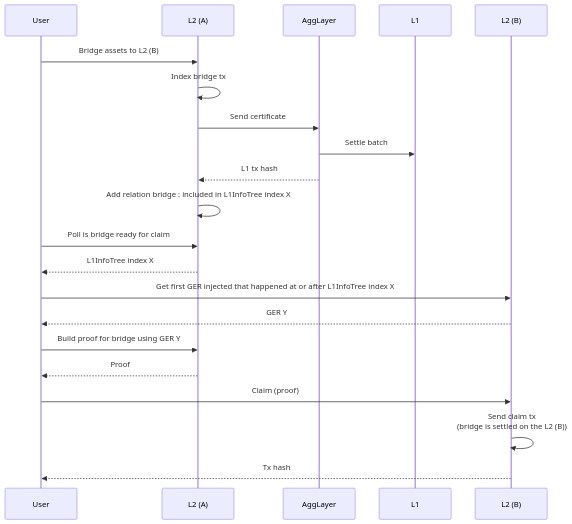
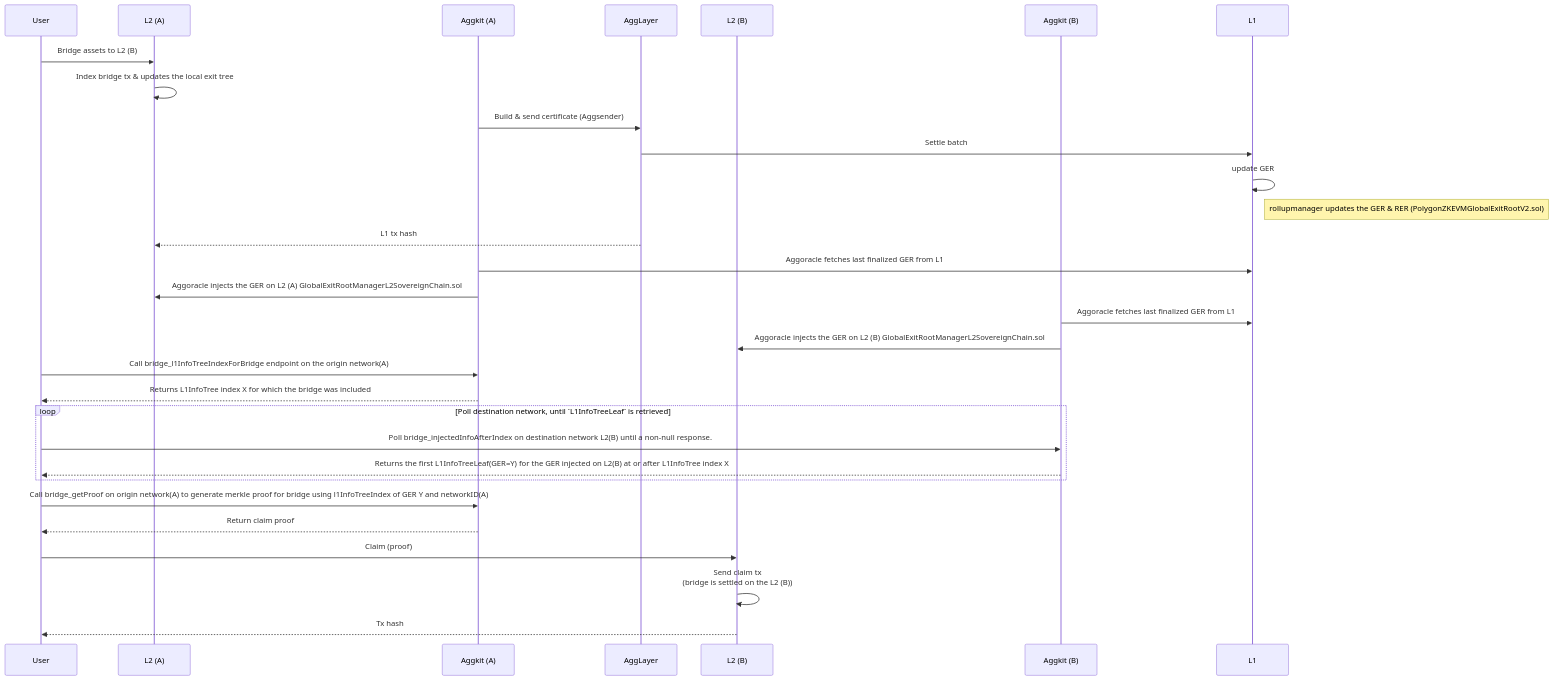
The first of 5 diagrams in docs/bridge_service.md (agglayer/aggkit), drawn with Mermaid before and after one commit. The commit also changed other lines of this file, not shown here.

Commit message:
docs: bridging sequence diagram (#275)

````diff
--- a/docs/bridge_service.md
+++ b/docs/bridge_service.md
@@ -9,18 +12,36 @@
 ```mermaid
 sequenceDiagram
-User->>L2 (A): Bridge assets to L2 (B)
-L2 (A)->>L2 (A): Index bridge tx
-L2 (A)->>AggLayer: Send certificate
-AggLayer->>L1: Settle batch
-AggLayer-->>L2 (A): L1 tx hash
-L2 (A)->>L2 (A): Add relation bridge : included in L1InfoTree index X
-User->>L2 (A): Poll is bridge ready for claim
-L2 (A)-->>User: L1InfoTree index X
-User->>L2 (B): Get first GER injected that happened at or after L1InfoTree index X
-L2 (B)-->>User: GER Y
-User->>L2 (A): Build proof for bridge using GER Y
-L2 (A)-->>User: Proof
-User->>L2 (B): Claim (proof)
-L2 (B)->>L2 (B): Send claim tx<br/>(bridge is settled on the L2 (B))
-L2 (B)-->>User: Tx hash
+    participant User
+    participant L2 (A)
+    participant Aggkit (A)
+    participant AggLayer
+    participant L2 (B)
+    participant Aggkit (B)
+    participant L1
+
+    User->>L2 (A): Bridge assets to L2 (B)
+    L2 (A)->>L2 (A): Index bridge tx & updates the local exit tree
+    Aggkit (A)->>AggLayer: Build & send certificate (Aggsender)
+    AggLayer->>L1: Settle batch
+    L1->>L1: update GER
+    Note right of L1: rollupmanager updates the GER & RER (PolygonZKEVMGlobalExitRootV2.sol)
+    AggLayer-->>L2 (A): L1 tx hash
+
+    Aggkit (A)->>L1: Aggoracle fetches last finalized GER from L1
+    Aggkit (A)->>L2 (A): Aggoracle injects the GER on L2 (A) GlobalExitRootManagerL2SovereignChain.sol
+    Aggkit (B)->>L1: Aggoracle fetches last finalized GER from L1
+    Aggkit (B)->>L2 (B): Aggoracle injects the GER on L2 (B) GlobalExitRootManagerL2SovereignChain.sol
+
+    User->>Aggkit (A): Call bridge_l1InfoTreeIndexForBridge endpoint on the origin network(A)
+    Aggkit (A)-->>User: Returns L1InfoTree index X for which the bridge was included
+    loop Poll destination network, until `L1InfoTreeLeaf` is retrieved  
+      User->>Aggkit (B): Poll bridge_injectedInfoAfterIndex on destination network L2(B) until a non-null response.  
+      Aggkit (B)-->>User: Returns the first L1InfoTreeLeaf(GER=Y) for the GER injected on L2(B) at or after L1InfoTree index X
+    end 
+    User->>Aggkit (A): Call bridge_getProof on origin network(A) to generate merkle proof for bridge using l1InfoTreeIndex of GER Y and networkID(A)
+    
+    Aggkit (A)-->>User: Return claim proof
+    User->>L2 (B): Claim (proof)
+    L2 (B)->>L2 (B): Send claim tx<br/>(bridge is settled on the L2 (B))
+    L2 (B)-->>User: Tx hash
 ```
````
